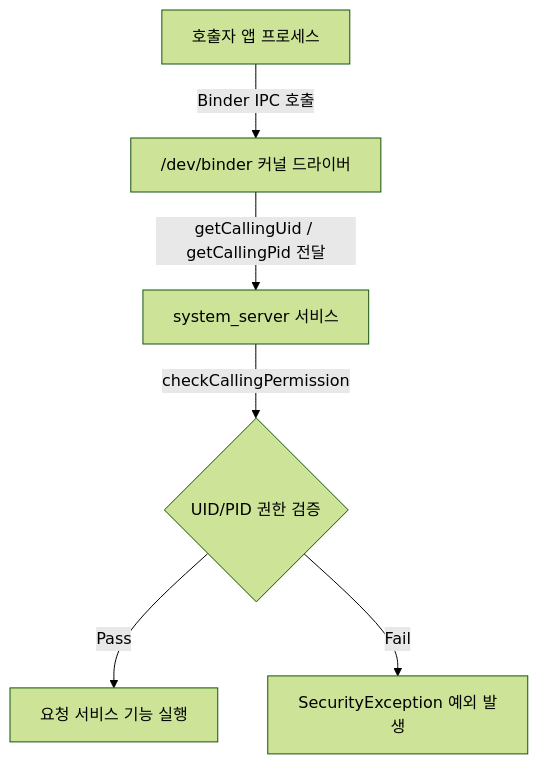
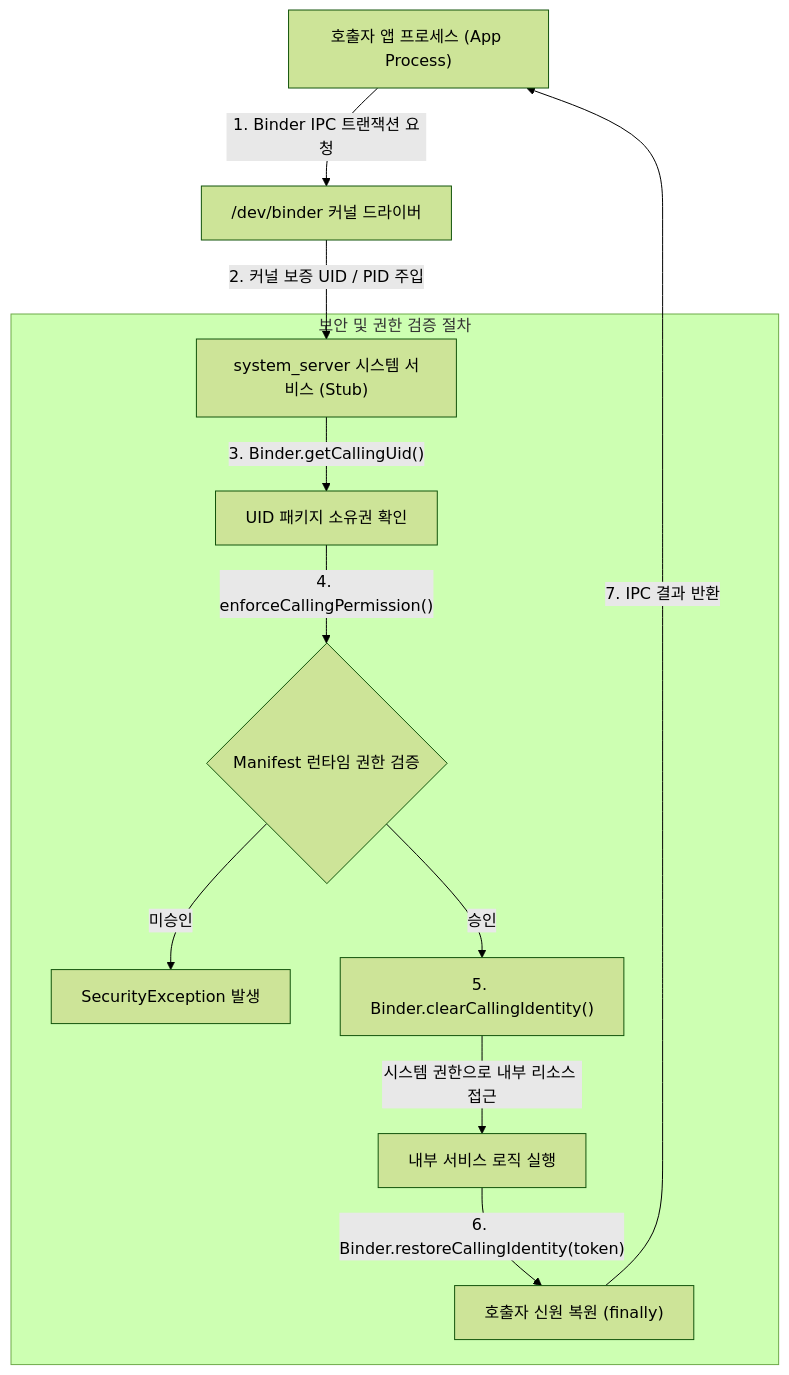
One commit to youngmin-gwon/what-i-studied changed the diagram in 01_inbox/mobile/android/04_system_services/service-lookup/system-server-uid-pid-check.md. Above: the diagram before and after it, drawn with Mermaid (forest theme). The commit also changed other lines of this file and 83 other files, not shown here.

````diff
--- a/01_inbox/mobile/android/04_system_services/service-lookup/system-server-uid-pid-check.md
+++ b/01_inbox/mobile/android/04_system_services/service-lookup/system-server-uid-pid-check.md
@@ -17,8 +24,15 @@
 ```mermaid
 graph TD
-    Caller["호출자 앱 프로세스"] -->|"Binder IPC 호출"| BinderDriver["/dev/binder 커널 드라이버"]
-    BinderDriver -->|"getCallingUid / getCallingPid 전달"| SystemServer["system_server 서비스"]
-    SystemServer -->|"checkCallingPermission"| AuthCheck{"UID/PID 권한 검증"}
-    AuthCheck -->|"Pass"| Execute["요청 서비스 기능 실행"]
-    AuthCheck -->|"Fail"| Throw["SecurityException 예외 발생"]
+    Caller["호출자 앱 프로세스 (App Process)"] -->|"1. Binder IPC 트랜잭션 요청"| BinderDriver["/dev/binder 커널 드라이버"]
+    BinderDriver -->|"2. 커널 보증 UID / PID 주입"| SystemServer["system_server 시스템 서비스 (Stub)"]
+    
+    subgraph SecurityChecks ["보안 및 권한 검증 절차"]
+        SystemServer -->|"3. Binder.getCallingUid()"| UidCheck["UID 패키지 소유권 확인"]
+        UidCheck -->|"4. enforceCallingPermission()"| PermCheck{"Manifest 런타임 권한 검증"}
+        PermCheck -->|"미승인"| SecThrow["SecurityException 발생"]
+        PermCheck -->|"승인"| IdentityMgmt["5. Binder.clearCallingIdentity()"]
+        IdentityMgmt -->|"시스템 권한으로 내부 리소스 접근"| InternalExec["내부 서비스 로직 실행"]
+        InternalExec -->|"6. Binder.restoreCallingIdentity(token)"| Restore["호출자 신원 복원 (finally)"]
+    end
+    Restore -->|"7. IPC 결과 반환"| Caller
 ```
````
